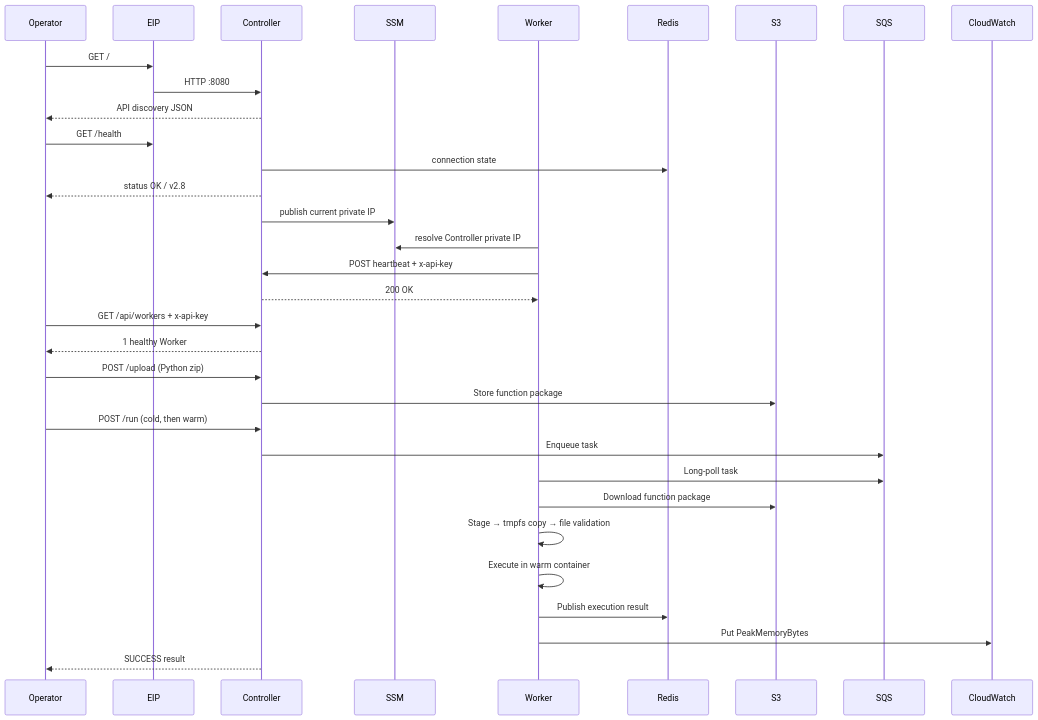
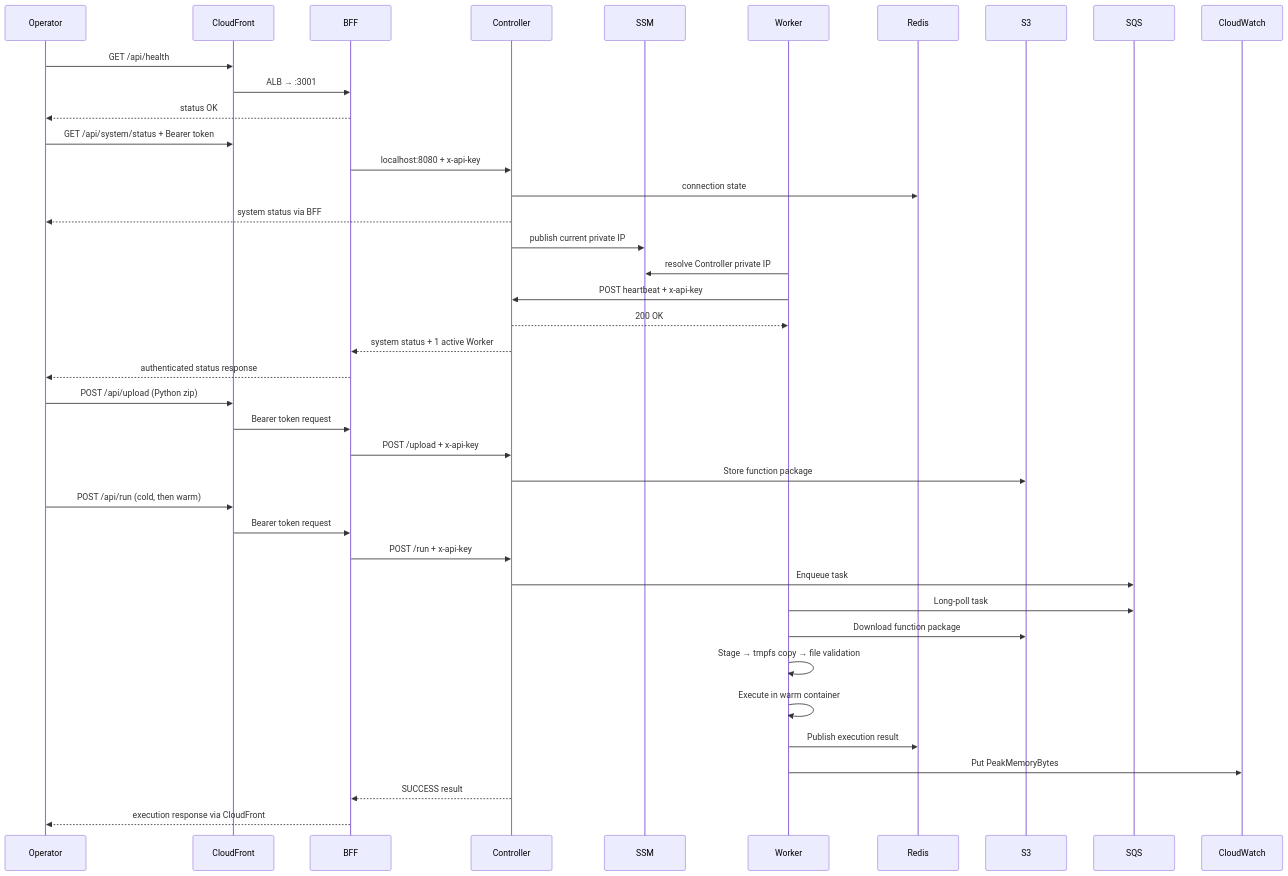
One commit to sangmu1126/FaaS-Platform changed the eighth of 8 diagrams in DEPLOYMENT_IMPLEMENTATION_REPORT.md. Above: the diagram before and after it, drawn with Mermaid. The commit also changed other lines of this file and 7 other files, not shown here.

Commit message:
restrict controller API to private traffic

````diff
--- a/DEPLOYMENT_IMPLEMENTATION_REPORT.md
+++ b/DEPLOYMENT_IMPLEMENTATION_REPORT.md
@@ -424,36 +429,43 @@
 ```mermaid
 sequenceDiagram
     participant Operator
-    participant EIP
+    participant CloudFront
+    participant BFF
     participant Controller
     participant SSM
     participant Worker
     participant Redis
     participant S3
     participant SQS
     participant CloudWatch
 
-    Operator->>EIP: GET /
-    EIP->>Controller: HTTP :8080
-    Controller-->>Operator: API discovery JSON
-    Operator->>EIP: GET /health
+    Operator->>CloudFront: GET /api/health
+    CloudFront->>BFF: ALB → :3001
+    BFF-->>Operator: status OK
+    Operator->>CloudFront: GET /api/system/status + Bearer token
+    BFF->>Controller: localhost:8080 + x-api-key
     Controller->>Redis: connection state
-    Controller-->>Operator: status OK / v2.8
+    Controller-->>Operator: system status via BFF
     Controller->>SSM: publish current private IP
     Worker->>SSM: resolve Controller private IP
     Worker->>Controller: POST heartbeat + x-api-key
     Controller-->>Worker: 200 OK
-    Operator->>Controller: GET /api/workers + x-api-key
-    Controller-->>Operator: 1 healthy Worker
-    Operator->>Controller: POST /upload (Python zip)
+    Controller-->>BFF: system status + 1 active Worker
+    BFF-->>Operator: authenticated status response
+    Operator->>CloudFront: POST /api/upload (Python zip)
+    CloudFront->>BFF: Bearer token request
+    BFF->>Controller: POST /upload + x-api-key
     Controller->>S3: Store function package
-    Operator->>Controller: POST /run (cold, then warm)
+    Operator->>CloudFront: POST /api/run (cold, then warm)
+    CloudFront->>BFF: Bearer token request
+    BFF->>Controller: POST /run + x-api-key
     Controller->>SQS: Enqueue task
     Worker->>SQS: Long-poll task
     Worker->>S3: Download function package
     Worker->>Worker: Stage → tmpfs copy → file validation
     Worker->>Worker: Execute in warm container
     Worker->>Redis: Publish execution result
     Worker->>CloudWatch: Put PeakMemoryBytes
-    Controller-->>Operator: SUCCESS result
+    Controller-->>BFF: SUCCESS result
+    BFF-->>Operator: execution response via CloudFront
 ```
````
